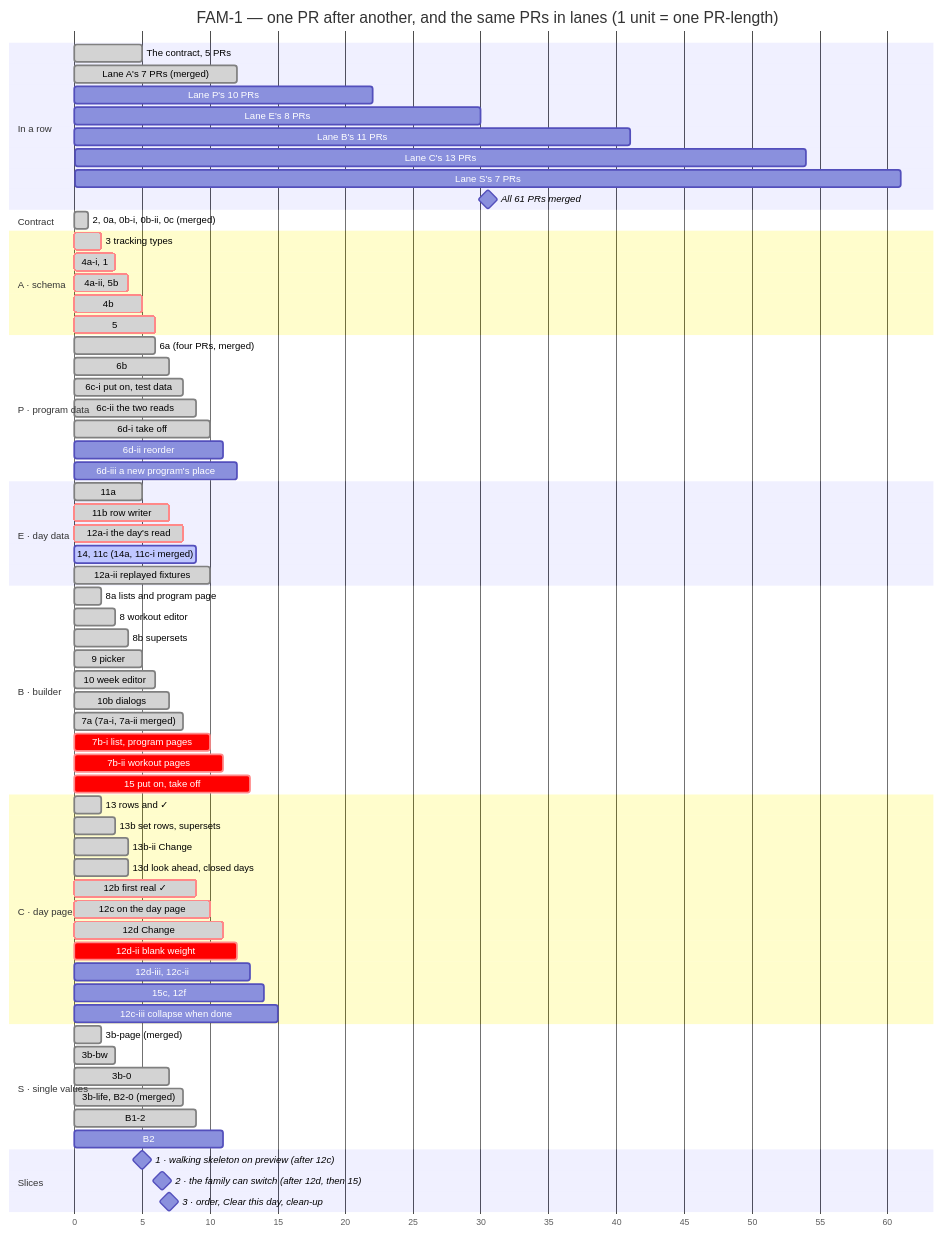
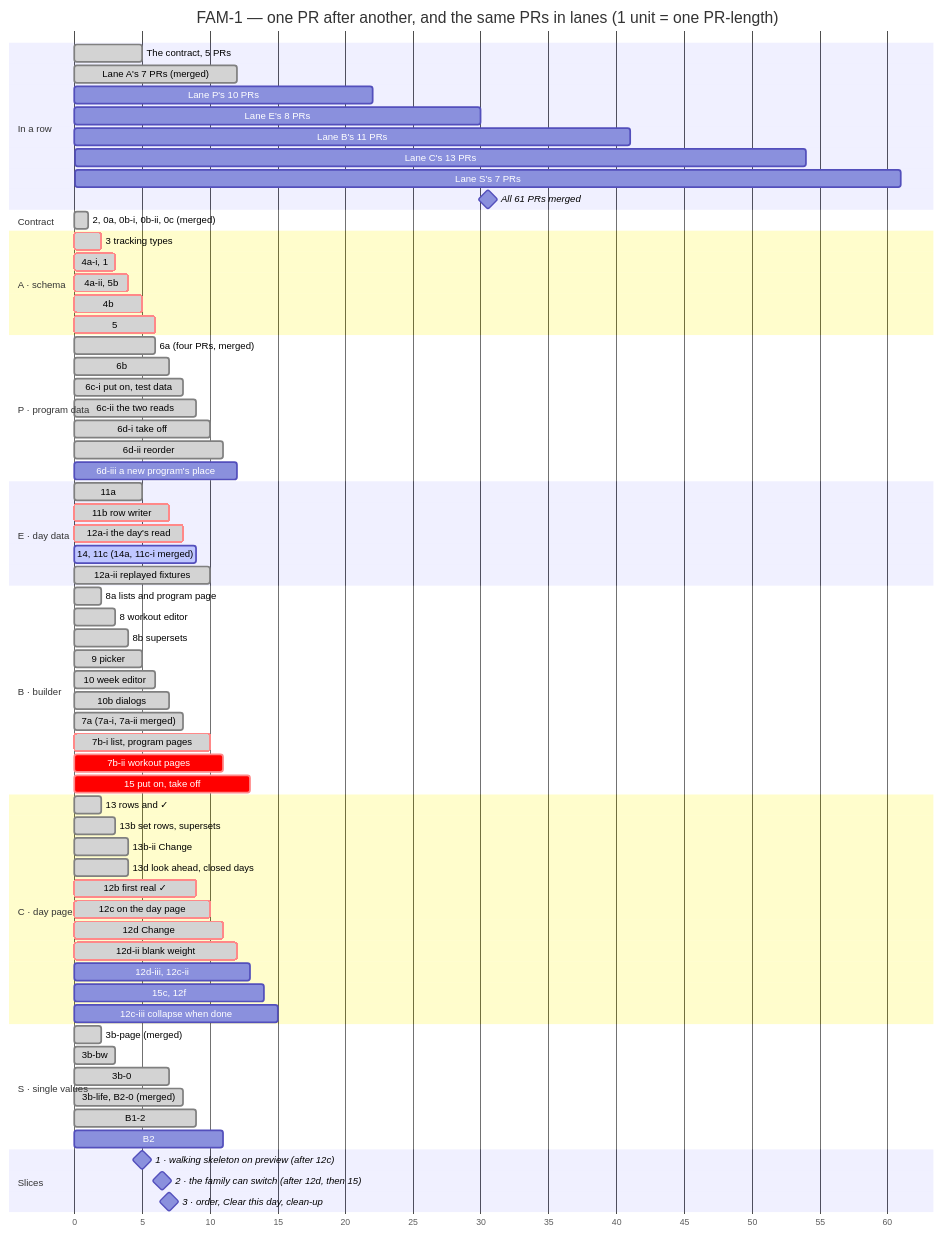
One commit to ralamode/mat-plan changed the second of 2 diagrams in docs/milestones/fam-1-family-program.md. Above: the diagram before and after it, drawn with Mermaid. The commit also changed other lines of this file and 4 other files, not shown here.

First line of the commit message:
chore(fam-1): contract housekeeping after the program pages and reorder merged (#648)

````diff
--- a/docs/milestones/fam-1-family-program.md
+++ b/docs/milestones/fam-1-family-program.md
@@ -260,81 +260,81 @@
 ```mermaid
 gantt
   title FAM-1 — one PR after another, and the same PRs in lanes (1 unit = one PR-length)
   dateFormat X
   axisFormat %s
   todayMarker off
 
   section In a row
   The contract, 5 PRs          :done, r0, 0, 5
   Lane A's 7 PRs (merged)      :done, r1, 5, 12
   Lane P's 10 PRs              :r2, 12, 22
   Lane E's 8 PRs               :r3, 22, 30
   Lane B's 11 PRs              :r4, 30, 41
   Lane C's 13 PRs              :r5, 41, 54
   Lane S's 7 PRs               :r6, 54, 61
   All 61 PRs merged            :milestone, rm, 61, 61
 
   section Contract
   2, 0a, 0b-i, 0b-ii, 0c (merged) :done, c0, 0, 1
 
   section A · schema
   3 tracking types             :crit, done, a1, 1, 2
   4a-i, 1                      :crit, done, a2, 2, 3
   4a-ii, 5b                    :crit, done, a3, 3, 4
   4b                           :crit, done, a4, 4, 5
   5                            :crit, done, a5, 5, 6
 
   section P · program data
   6a (four PRs, merged)        :done, p1, 5, 6
   6b                           :done, p2, 6, 7
   6c-i put on, test data       :done, p3, 7, 8
   6c-ii the two reads          :done, p3b, 8, 9
   6d-i take off                :done, p4, 9, 10
-  6d-ii reorder                :p5, 10, 11
+  6d-ii reorder                :done, p5, 10, 11
   6d-iii a new program's place :p6, 11, 12
 
   section E · day data
   11a                          :done, e1, 4, 5
   11b row writer               :crit, done, e2, 5, 7
   12a-i the day's read         :crit, done, e3, 7, 8
   14, 11c (14a, 11c-i merged)  :active, e4, 8, 9
   12a-ii replayed fixtures     :done, e5, 9, 10
 
   section B · builder
   8a lists and program page    :done, b1, 1, 2
   8 workout editor             :done, b2, 2, 3
   8b supersets                 :done, b3, 3, 4
   9 picker                     :done, b4, 4, 5
   10 week editor               :done, b5, 5, 6
   10b dialogs                  :done, b6, 6, 7
   7a (7a-i, 7a-ii merged)      :done, b7, 7, 8
-  7b-i list, program pages     :crit, b8, 9, 10
+  7b-i list, program pages     :crit, done, b8, 9, 10
   7b-ii workout pages          :crit, b8b, 10, 11
   15 put on, take off          :crit, b9, 12, 13
 
   section C · day page
   13 rows and ✓                :done, c1, 1, 2
   13b set rows, supersets      :done, c2, 2, 3
   13b-ii Change                :done, c2b, 3, 4
   13d look ahead, closed days  :done, c3, 3, 4
   12b first real ✓             :crit, done, c4, 8, 9
   12c on the day page          :crit, done, c5, 9, 10
   12d Change                   :crit, done, c6, 10, 11
-  12d-ii blank weight          :crit, c6b, 11, 12
+  12d-ii blank weight          :crit, done, c6b, 11, 12
   12d-iii, 12c-ii              :c6c, 12, 13
   15c, 12f                     :c7, 13, 14
   12c-iii collapse when done   :c8, 14, 15
 
   section S · single values
   3b-page (merged)             :done, s1, 1, 2
   3b-bw                        :done, s2, 2, 3
   3b-0                         :done, s3, 6, 7
   3b-life, B2-0 (merged)       :done, s4, 7, 8
   B1-2                         :done, s5, 8, 9
   B2                           :s6, 10, 11
 
   section Slices
   1 · walking skeleton on preview (after 12c) :milestone, m1, 10, 10
   2 · the family can switch (after 12d, then 15) :milestone, m2, 13, 13
   3 · order, Clear this day, clean-up         :milestone, m3, 14, 14
 ```
````
